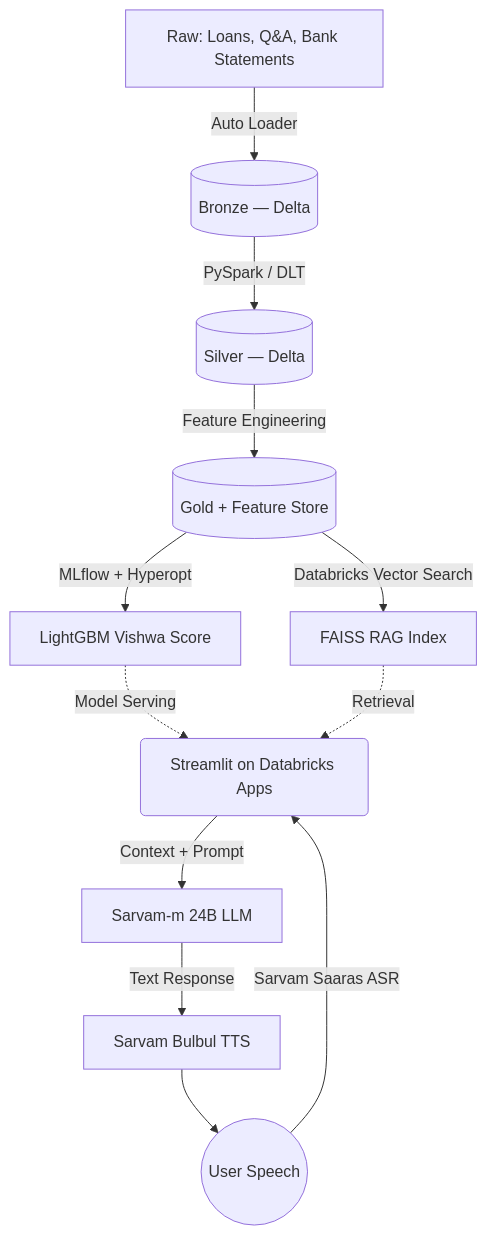
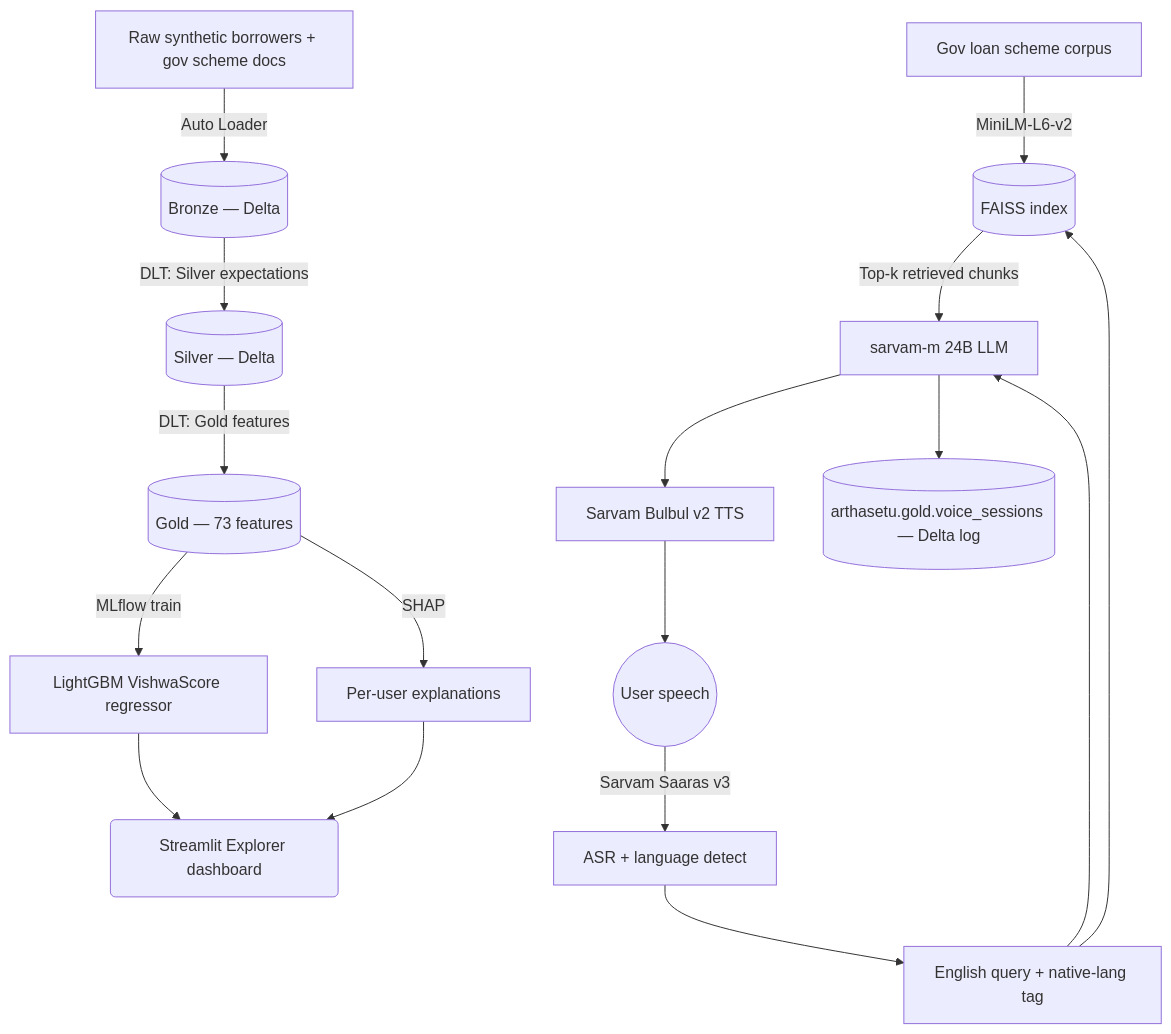
One commit to aryamanbhati/vishwa-score changed the diagram in README.md. Above: the diagram before and after it, drawn with Mermaid. The commit also changed other lines of this file and 15 other files, not shown here.

````diff
--- a/README.md
+++ b/README.md
@@ -41,17 +59,24 @@
 ```mermaid
 graph TD
-    A[Raw: Loans, Q&A, Bank Statements] -->|Auto Loader| B[(Bronze — Delta)]
-    B -->|PySpark / DLT| C[(Silver — Delta)]
-    C -->|Feature Engineering| D[(Gold + Feature Store)]
+    R[Raw synthetic borrowers + gov scheme docs] -->|Auto Loader| B[(Bronze — Delta)]
+    B -->|DLT: Silver expectations| S[(Silver — Delta)]
+    S -->|DLT: Gold features| G[(Gold — 73 features)]
 
-    D -->|MLflow + Hyperopt| E[LightGBM Vishwa Score]
-    D -->|Databricks Vector Search| F[FAISS RAG Index]
+    G -->|MLflow train| M[LightGBM VishwaScore regressor]
+    G -->|SHAP| X[Per-user explanations]
 
-    E -.->|Model Serving| G(Streamlit on Databricks Apps)
-    F -.->|Retrieval| G
+    K[Gov loan scheme corpus] -->|MiniLM-L6-v2| F[(FAISS index)]
 
-    U((User Speech)) -->|Sarvam Saaras ASR| G
-    G -->|Context + Prompt| H[Sarvam-m 24B LLM]
-    H -->|Text Response| I[Sarvam Bulbul TTS]
-    I --> U
+    M --> D(Streamlit Explorer dashboard)
+    X --> D
+
+    U((User speech)) -->|Sarvam Saaras v3| A[ASR + language detect]
+    A --> Q[English query + native-lang tag]
+    Q --> F
+    F -->|Top-k retrieved chunks| L[sarvam-m 24B LLM]
+    Q --> L
+    L --> T[Sarvam Bulbul v2 TTS]
+    T --> U
+
+    L --> V[(arthasetu.gold.voice_sessions — Delta log)]
 ```
````
